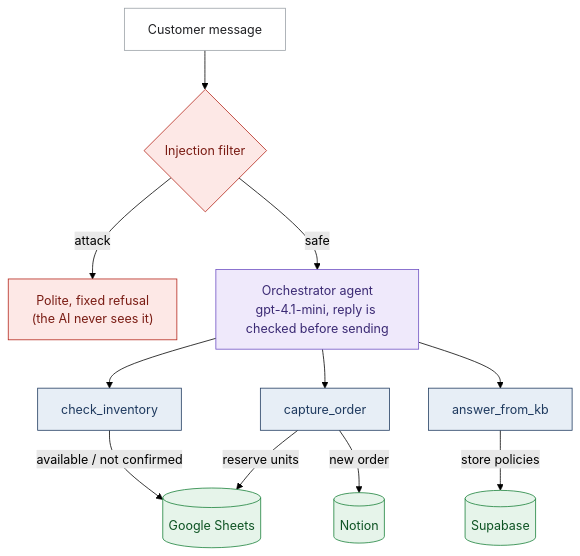
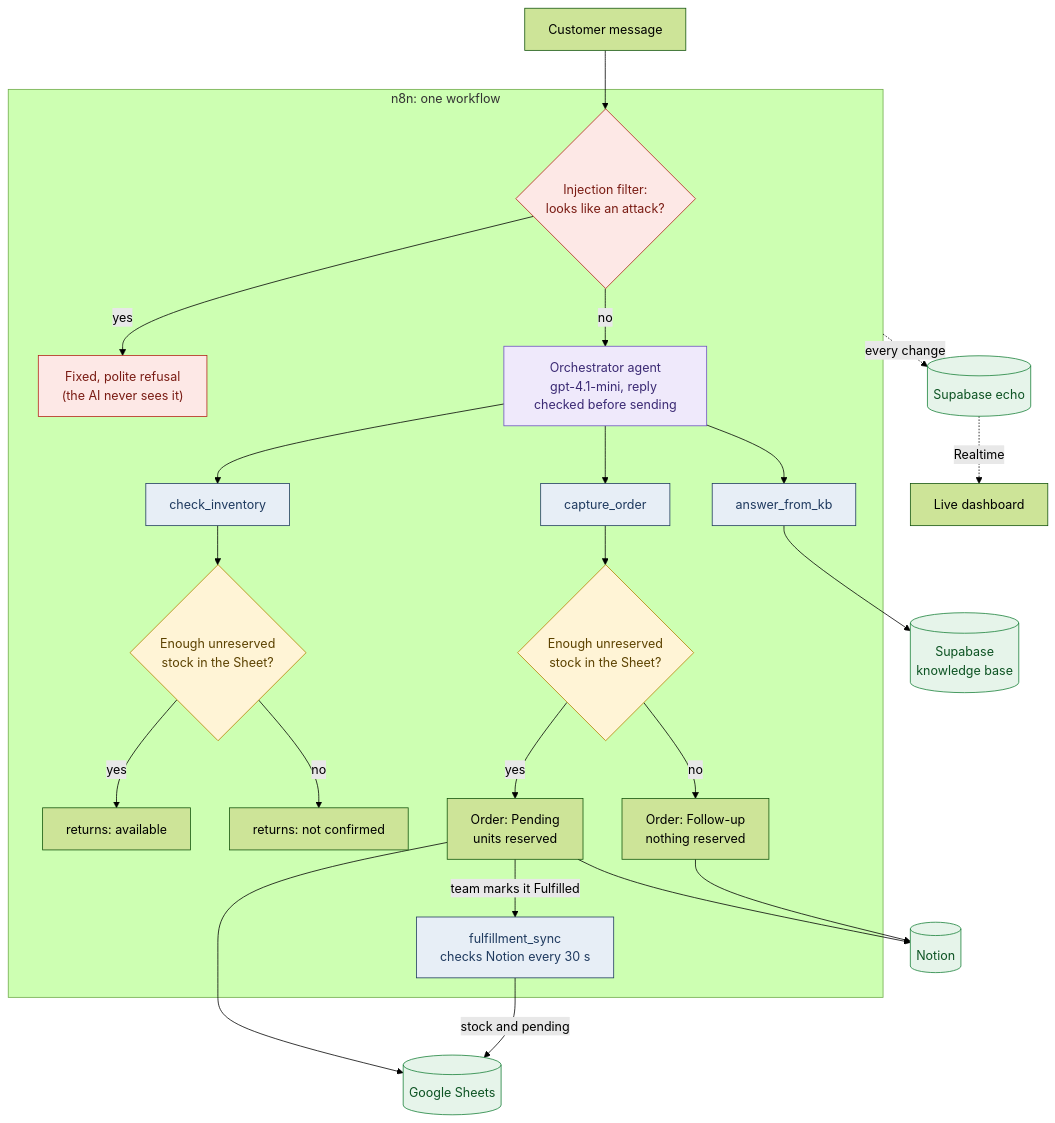
The diagram in docs/architecture.mmd (RideneFiras/MultiAppHackathon), drawn with Mermaid (forest theme) before and after one commit. The commit also changed 5 other files, not shown here.

First line of the commit message:
README: single Mermaid diagram with the workflow box and decision points

```diff
--- a/docs/architecture.mmd
+++ b/docs/architecture.mmd
@@ -1,21 +1,34 @@
 flowchart TD
-    customer["Customer message"] --> filter{"Injection filter"}
-    filter -- "attack" --> refusal["Polite, fixed refusal<br/>(the AI never sees it)"]
-    filter -- "safe" --> agent["Orchestrator agent<br/>gpt-4.1-mini, reply is checked before sending"]
-    agent --> inventory["check_inventory"]
-    agent --> capture["capture_order"]
-    agent --> kb["answer_from_kb"]
-    inventory -- "available / not confirmed" --> sheets[("Google Sheets")]
-    capture -- "reserve units" --> sheets
-    capture -- "new order" --> notion[("Notion")]
-    kb -- "store policies" --> supabase[("Supabase")]
-    classDef guard fill:#fde8e6,stroke:#b42318,color:#7a1c14
-    classDef agentc fill:#efe9fb,stroke:#6d4fc2,color:#3b2a74
-    classDef tool fill:#e7eef6,stroke:#1f3a5f,color:#1f3a5f
-    classDef app fill:#e6f4ea,stroke:#188038,color:#0d5323
-    classDef plain fill:#ffffff,stroke:#9aa0a6,color:#202124
-    class customer plain
-    class filter,refusal guard
-    class agent agentc
-    class inventory,capture,kb tool
-    class sheets,notion,supabase app
+  C["Customer message"] --> PF
+  subgraph N8N["n8n: one workflow"]
+    PF{"Injection filter:<br/>looks like an attack?"}
+    PF -->|yes| RF["Fixed, polite refusal<br/>(the AI never sees it)"]
+    PF -->|no| AG["Orchestrator agent<br/>gpt-4.1-mini, reply checked before sending"]
+    AG --> CI["check_inventory"]
+    AG --> CO["capture_order"]
+    AG --> KB["answer_from_kb"]
+    CI --> Q1{"Enough unreserved<br/>stock in the Sheet?"}
+    Q1 -->|yes| AV["returns: available"]
+    Q1 -->|no| NC["returns: not confirmed"]
+    CO --> Q2{"Enough unreserved<br/>stock in the Sheet?"}
+    Q2 -->|yes| PE["Order: Pending<br/>units reserved"]
+    Q2 -->|no| FU["Order: Follow-up<br/>nothing reserved"]
+    PE -->|team marks it Fulfilled| FS["fulfillment_sync<br/>checks Notion every 30 s"]
+  end
+  KB --> SB[("Supabase<br/>knowledge base")]
+  PE --> NO[("Notion")]
+  FU --> NO
+  PE --> GS[("Google Sheets")]
+  FS -->|stock and pending| GS
+  N8N -.->|every change| EC[("Supabase echo")]
+  EC -.->|Realtime| DB["Live dashboard"]
+  classDef guard fill:#fde8e6,stroke:#b42318,color:#7a1c14
+  classDef agentc fill:#efe9fb,stroke:#6d4fc2,color:#3b2a74
+  classDef tool fill:#e7eef6,stroke:#1f3a5f,color:#1f3a5f
+  classDef cond fill:#fff4d6,stroke:#b58100,color:#5c4200
+  classDef app fill:#e6f4ea,stroke:#188038,color:#0d5323
+  class PF,RF guard
+  class AG agentc
+  class CI,CO,KB,FS tool
+  class Q1,Q2 cond
+  class GS,NO,SB,EC app
```
